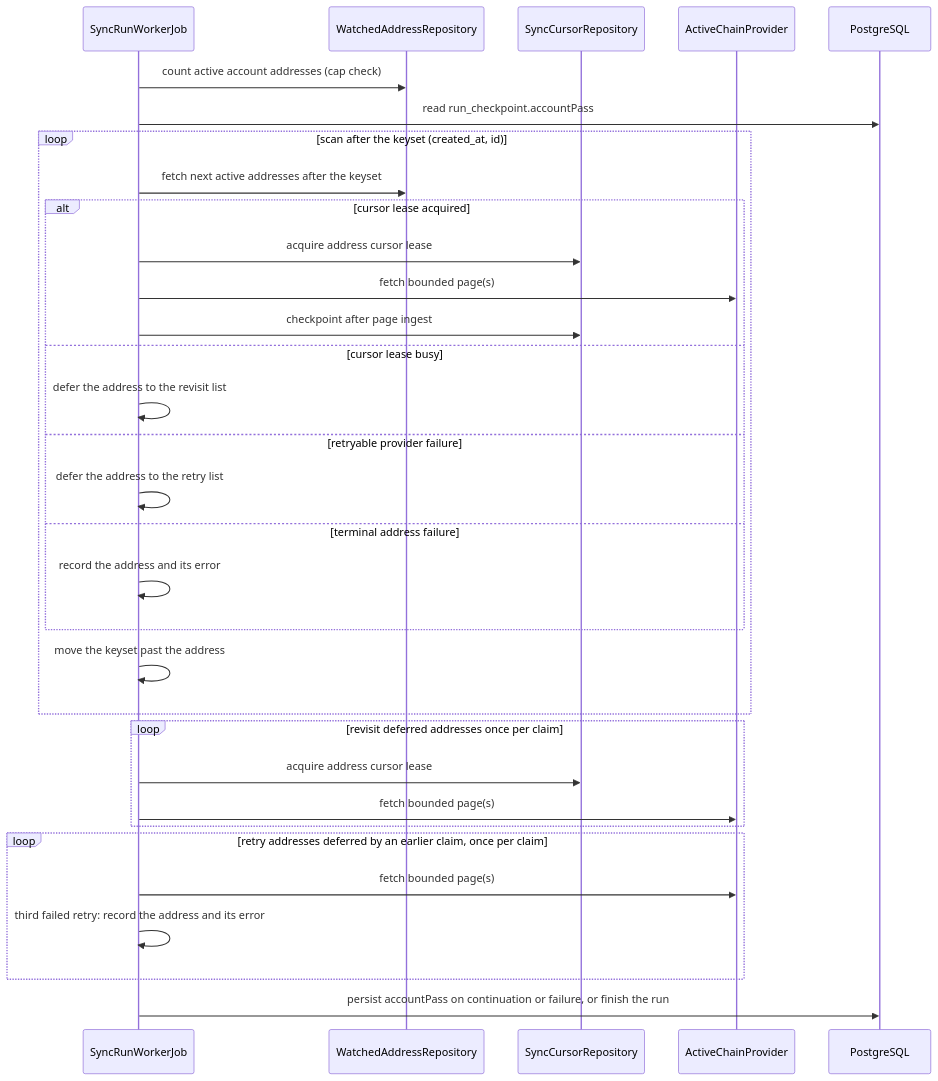
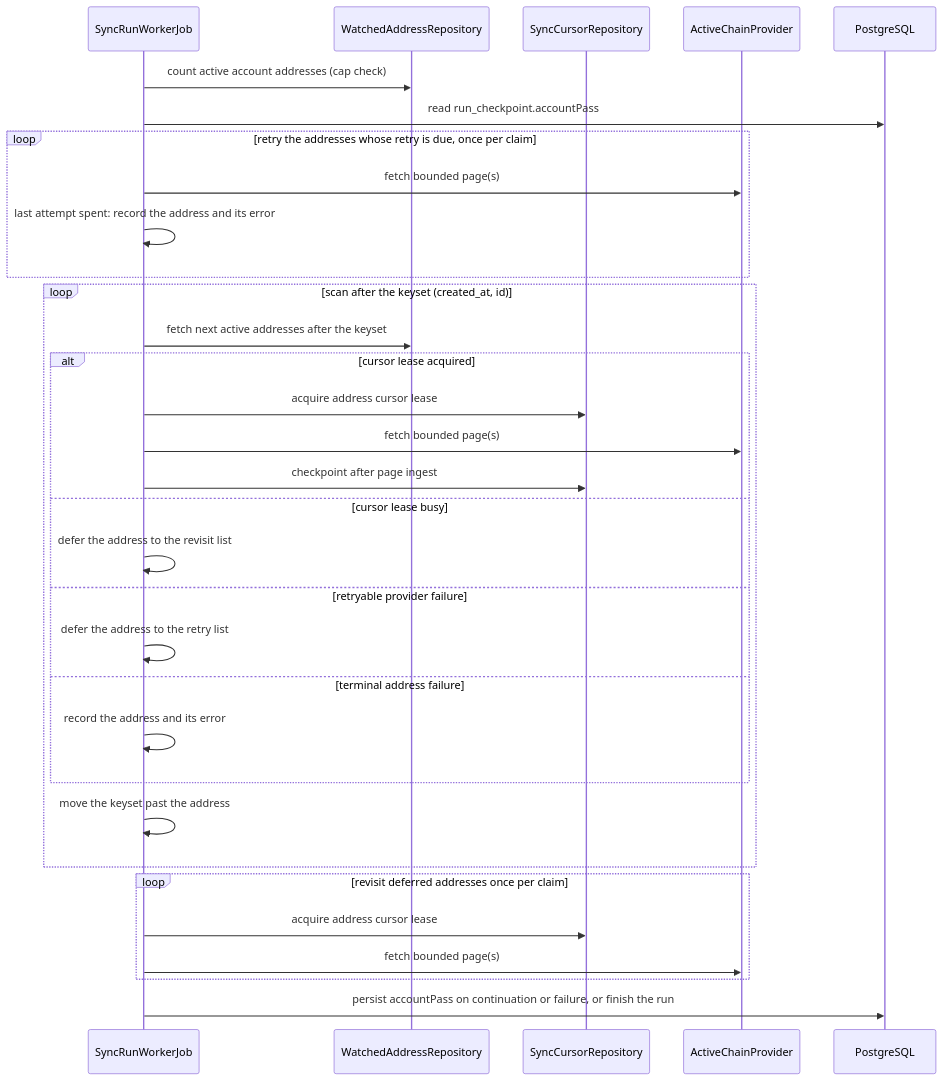
The third of 8 diagrams in docs/architecture.md (AsyncAssassin/asset-sync-service), drawn with Mermaid before and after one commit. The commit also changed other lines of this file and 22 other files, not shown here.

````diff
--- a/docs/architecture.md
+++ b/docs/architecture.md
@@ -238,35 +238,35 @@
 ```mermaid
 sequenceDiagram
     participant Worker as SyncRunWorkerJob
     participant Repo as WatchedAddressRepository
     participant Cursor as SyncCursorRepository
     participant Provider as ActiveChainProvider
     participant DB as PostgreSQL
 
     Worker->>Repo: count active account addresses (cap check)
     Worker->>DB: read run_checkpoint.accountPass
+    loop retry the addresses whose retry is due, once per claim
+        Worker->>Provider: fetch bounded page(s)
+        Worker->>Worker: last attempt spent: record the address and its error
+    end
     loop scan after the keyset (created_at, id)
         Worker->>Repo: fetch next active addresses after the keyset
         alt cursor lease acquired
             Worker->>Cursor: acquire address cursor lease
             Worker->>Provider: fetch bounded page(s)
             Worker->>Cursor: checkpoint after page ingest
         else cursor lease busy
             Worker->>Worker: defer the address to the revisit list
         else retryable provider failure
             Worker->>Worker: defer the address to the retry list
         else terminal address failure
             Worker->>Worker: record the address and its error
         end
         Worker->>Worker: move the keyset past the address
     end
     loop revisit deferred addresses once per claim
         Worker->>Cursor: acquire address cursor lease
         Worker->>Provider: fetch bounded page(s)
     end
-    loop retry addresses deferred by an earlier claim, once per claim
-        Worker->>Provider: fetch bounded page(s)
-        Worker->>Worker: third failed retry: record the address and its error
-    end
     Worker->>DB: persist accountPass on continuation or failure, or finish the run
 ```
````
